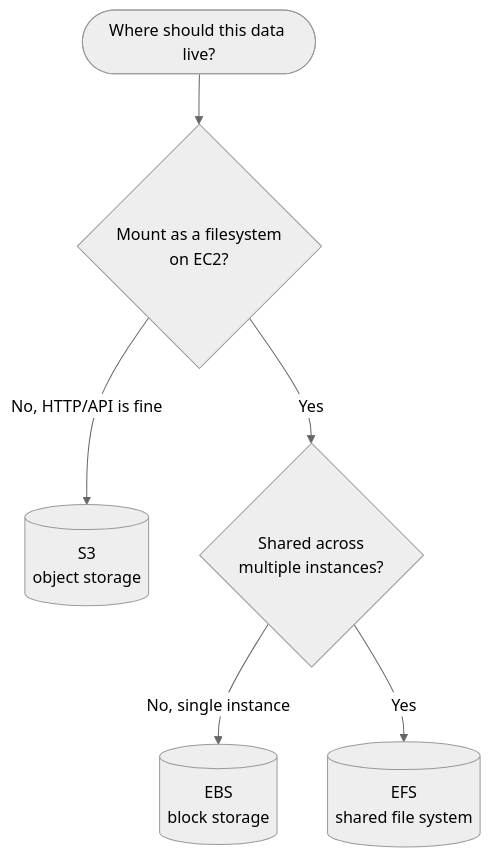
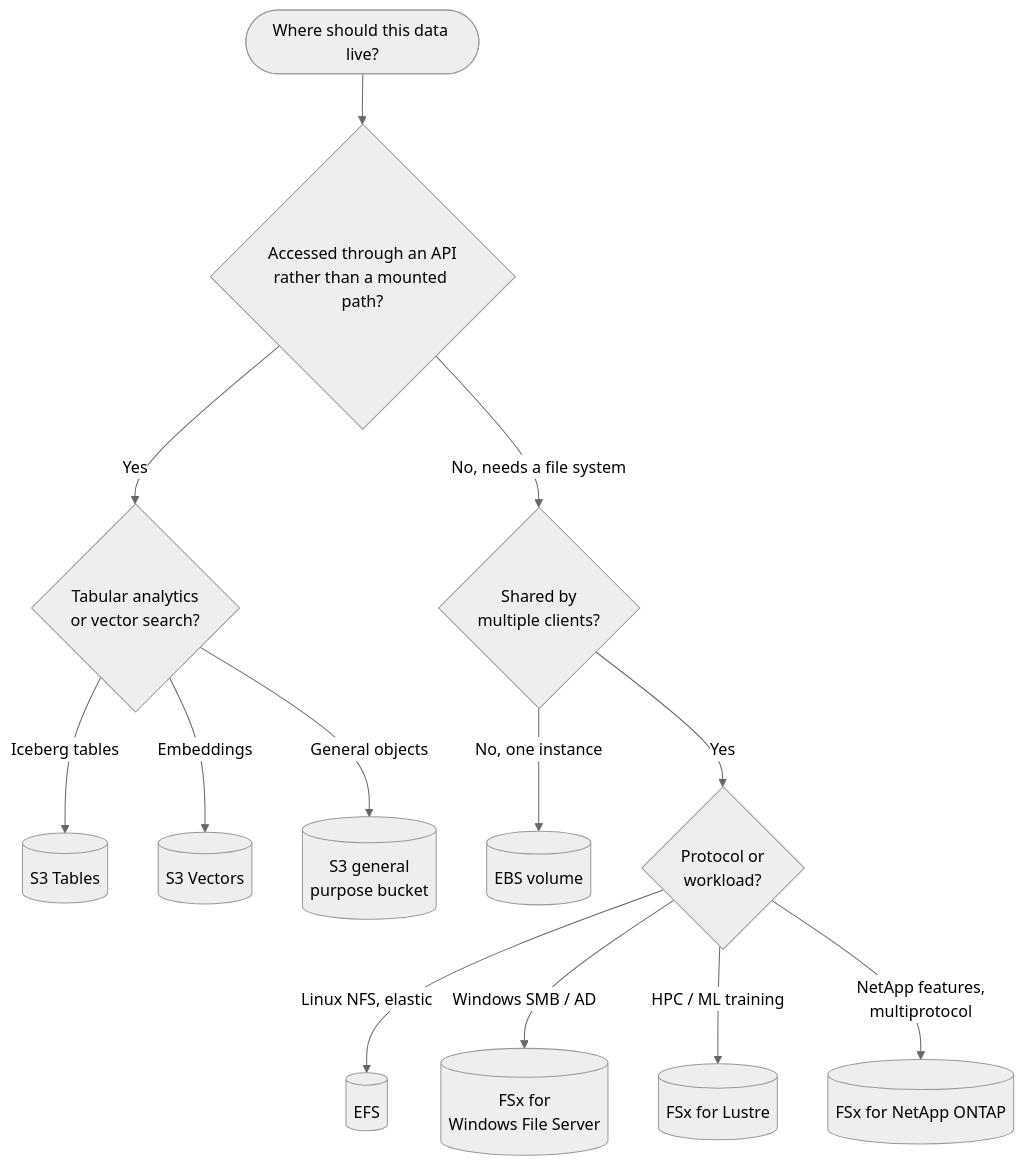
Before and after one commit to AndrewAltimit/Documentation: the first of 3 diagrams in github-pages/docs/technology/aws/storage.md, drawn with Mermaid (neutral theme). The commit also changed other lines of this file and 240 other files, not shown here.

````diff
--- a/github-pages/docs/technology/aws/storage.md
+++ b/github-pages/docs/technology/aws/storage.md
@@ -208,8 +27,15 @@
 ```mermaid
 flowchart TD
-    Start([Where should this data live?]) --> Q1{Mount as a filesystem<br/>on EC2?}
-    Q1 -->|No, HTTP/API is fine| S3[(S3<br/>object storage)]
-    Q1 -->|Yes| Q2{Shared across<br/>multiple instances?}
-    Q2 -->|No, single instance| EBS[(EBS<br/>block storage)]
-    Q2 -->|Yes| EFS[(EFS<br/>shared file system)]
+    Start([Where should this data live?]) --> Q1{Accessed through an API<br/>rather than a mounted path?}
+    Q1 -->|Yes| Q1a{Tabular analytics<br/>or vector search?}
+    Q1a -->|Iceberg tables| TB[(S3 Tables)]
+    Q1a -->|Embeddings| VB[(S3 Vectors)]
+    Q1a -->|General objects| S3[(S3 general<br/>purpose bucket)]
+    Q1 -->|No, needs a file system| Q2{Shared by<br/>multiple clients?}
+    Q2 -->|No, one instance| EBS[(EBS volume)]
+    Q2 -->|Yes| Q3{Protocol or<br/>workload?}
+    Q3 -->|Linux NFS, elastic| EFS[(EFS)]
+    Q3 -->|Windows SMB / AD| FSxW[(FSx for<br/>Windows File Server)]
+    Q3 -->|HPC / ML training| FSxL[(FSx for Lustre)]
+    Q3 -->|NetApp features,<br/>multiprotocol| FSxN[(FSx for NetApp ONTAP)]
 ```
````
